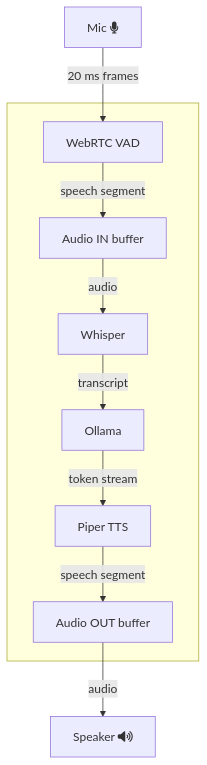
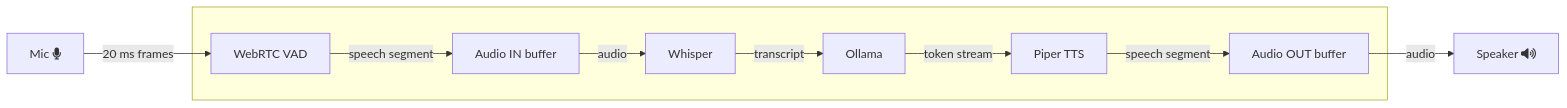
Before and after one commit to Robin-07/local-voice: the diagram in README.md, drawn with Mermaid.

Commit message:
change design diagram direction

````diff
--- a/README.md
+++ b/README.md
@@ -9,13 +9,13 @@
 ```mermaid
-flowchart TD
+flowchart LR
     subgraph Local Voice[" "]
         VAD[WebRTC VAD] -->|speech segment| BUF[Audio IN buffer]
         BUF -->|audio| ASR[Whisper] -->|transcript| llm[Ollama]
         llm -->|token stream| TTS[Piper TTS]
         TTS -->|speech segment| AUDIO_OUT[Audio OUT buffer] 
     end
 
     MIC[Mic <i class='fas fa-microphone'>] -->|20 ms frames| VAD
     SPK[Speaker <i class='fas fa-volume-up'>]
     AUDIO_OUT -->|audio| SPK
 ```
````
